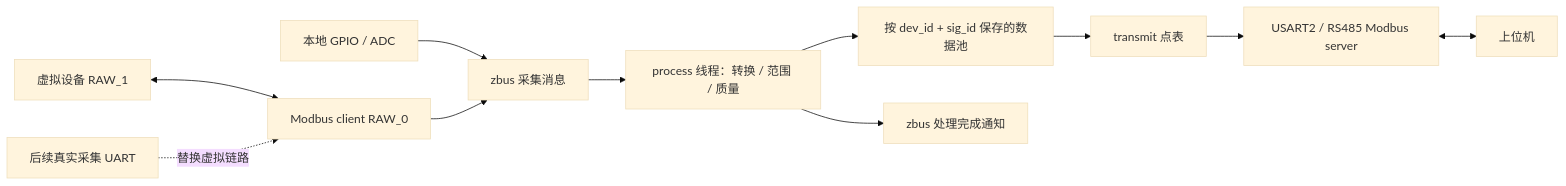
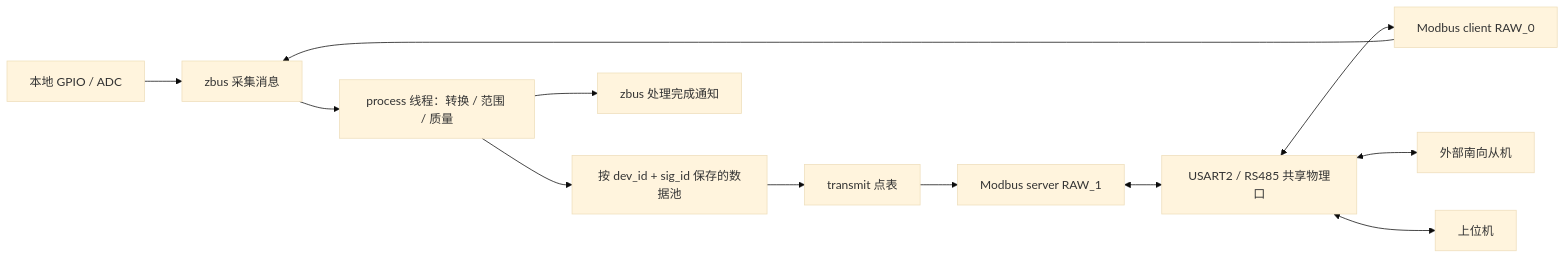
One commit to ryaaaaaan96/IDU-pre changed the diagram in docs/point-tables.md. Above: the diagram before and after it, drawn with Mermaid (base theme). The commit also changed other lines of this file and 55 other files, not shown here.

````diff
--- a/docs/point-tables.md
+++ b/docs/point-tables.md
@@ -13,13 +13,14 @@
 ```mermaid
 flowchart LR
     L[本地 GPIO / ADC] --> B[zbus 采集消息]
-    V[虚拟设备 RAW_1] <--> C[Modbus client RAW_0]
-    R[后续真实采集 UART] -. 替换虚拟链路 .-> C
+    R[USART2 / RS485 共享物理口] <--> C[Modbus client RAW_0]
+    R <--> V[外部南向从机]
     C --> B
     B --> P[process 线程：转换 / 范围 / 质量]
     P --> D[按 dev_id + sig_id 保存的数据池]
     P --> E[zbus 处理完成通知]
     D --> T[transmit 点表]
-    T --> S[USART2 / RS485 Modbus server]
-    S <--> H[上位机]
+    T --> S[Modbus server RAW_1]
+    S <--> R
+    R <--> H[上位机]
 ```
````
